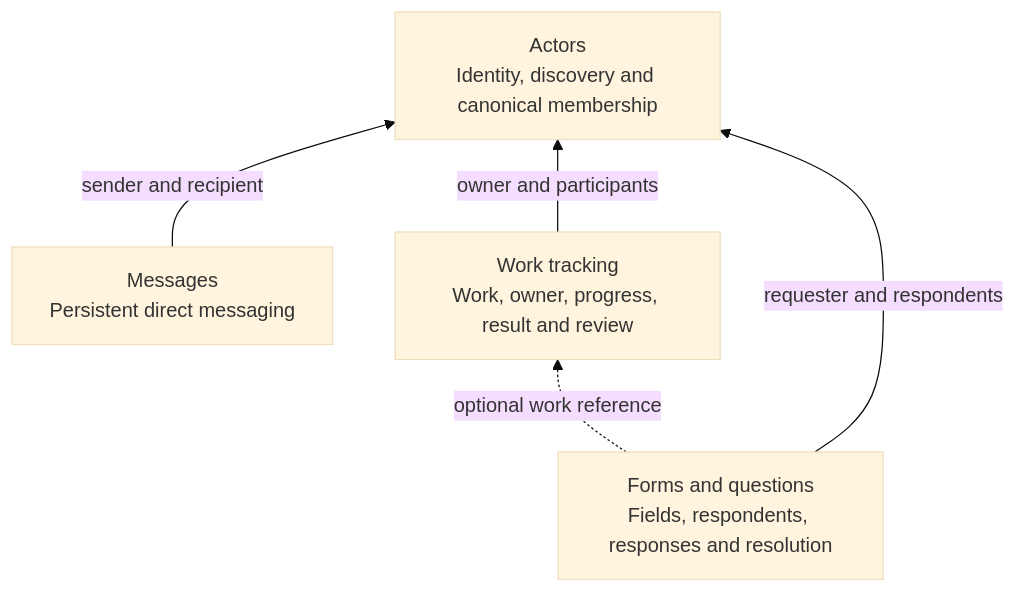
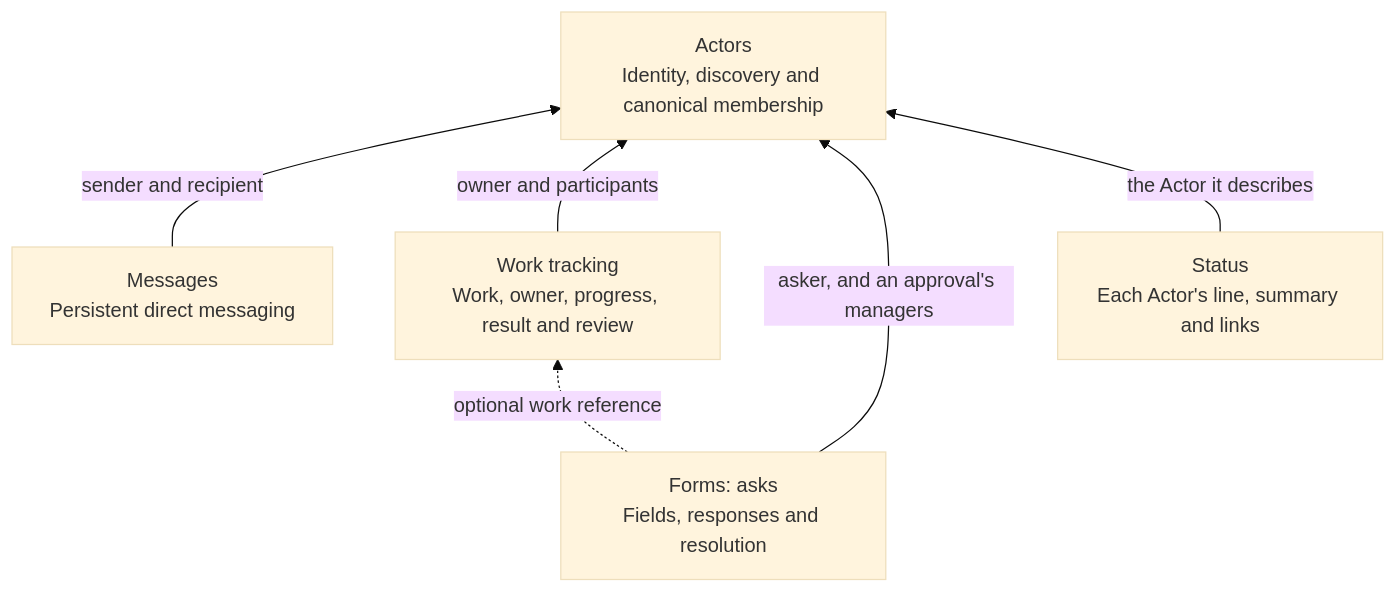
The first of 2 diagrams in docs/design.md (uniac-ai/AgenticWorkspace), drawn with Mermaid (base theme) before and after one commit. The commit also changed other lines of this file and 21 other files, not shown here.

First line of the commit message:
Make asks undirected, add each Actor's status, and release 0.5.0

````diff
--- a/docs/design.md
+++ b/docs/design.md
@@ -9,11 +9,13 @@
 ```mermaid
 flowchart BT
     A["Actors<br/>Identity, discovery and canonical membership"]
     M["Messages<br/>Persistent direct messaging"]
     T["Work tracking<br/>Work, owner, progress, result and review"]
-    F["Forms and questions<br/>Fields, respondents, responses and resolution"]
+    F["Forms: asks<br/>Fields, responses and resolution"]
+    S["Status<br/>Each Actor's line, summary and links"]
     F -.->|"optional work reference"| T
     M -->|"sender and recipient"| A
     T -->|"owner and participants"| A
-    F -->|"requester and respondents"| A
+    F -->|"asker, and an approval's managers"| A
+    S -->|"the Actor it describes"| A
 ```
````
